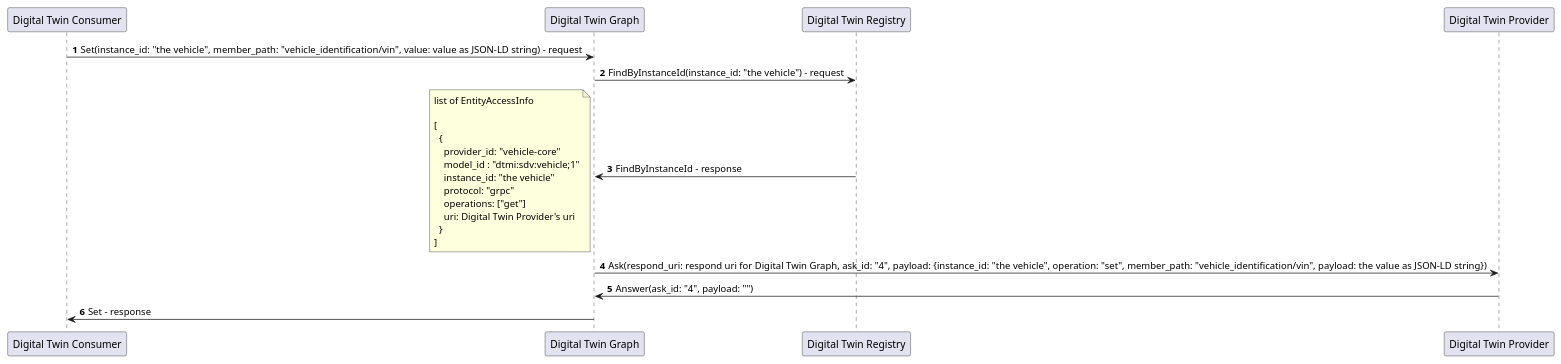
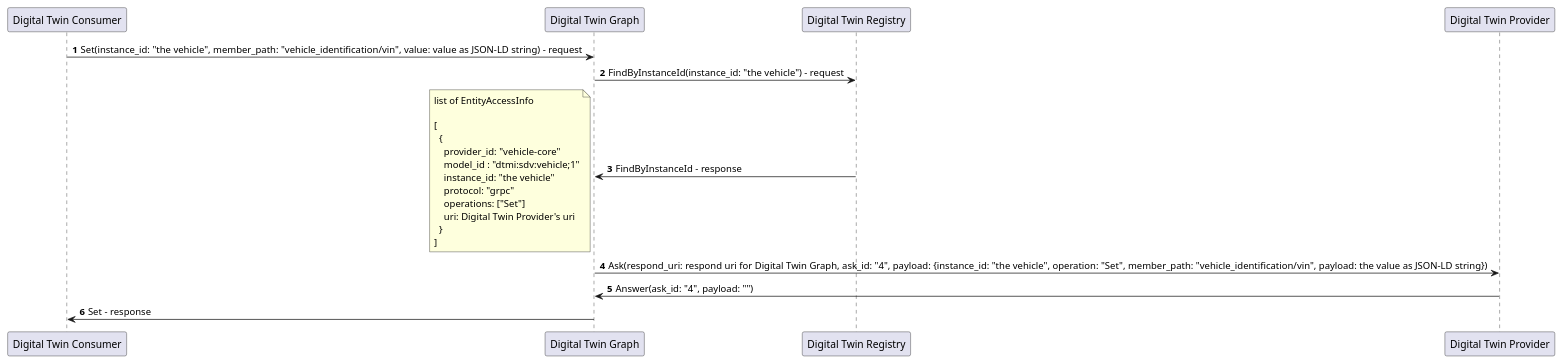
The diagram in docs/design/modules/digital_twin_graph/diagrams/set_sequence.puml (eclipse-ibeji/ibeji), drawn with PlantUML before and after one commit. The commit also changed 3 other files, not shown here.

Commit message:
Digital Twin Graph

```diff
--- a/docs/design/modules/digital_twin_graph/diagrams/set_sequence.puml
+++ b/docs/design/modules/digital_twin_graph/diagrams/set_sequence.puml
@@ -1,34 +1,34 @@
 @startuml
 
 autonumber
 
 participant "Digital Twin Consumer" as CONSUMER
 participant "Digital Twin Graph" as DIGITAL_TWIN_GRAPH
 participant "Digital Twin Registry" as DIGITAL_TWIN_REGISTRY
 participant "Digital Twin Provider" as PROVIDER
 
 CONSUMER -> DIGITAL_TWIN_GRAPH: Set(instance_id: "the vehicle", member_path: "vehicle_identification/vin", value: value as JSON-LD string) - request
 
 DIGITAL_TWIN_GRAPH -> DIGITAL_TWIN_REGISTRY: FindByInstanceId(instance_id: "the vehicle") - request
 DIGITAL_TWIN_GRAPH <- DIGITAL_TWIN_REGISTRY: FindByInstanceId - response
 note left
   list of EntityAccessInfo
 
   [
     {
       provider_id: "vehicle-core"
       model_id : "dtmi:sdv:vehicle;1"
       instance_id: "the vehicle"
       protocol: "grpc"
-      operations: ["get"]
+      operations: ["Set"]
       uri: Digital Twin Provider's uri
     }
   ]
 end note
 
-DIGITAL_TWIN_GRAPH -> PROVIDER: Ask(respond_uri: respond uri for Digital Twin Graph, ask_id: "4", payload: {instance_id: "the vehicle", operation: "set", member_path: "vehicle_identification/vin", payload: the value as JSON-LD string})
+DIGITAL_TWIN_GRAPH -> PROVIDER: Ask(respond_uri: respond uri for Digital Twin Graph, ask_id: "4", payload: {instance_id: "the vehicle", operation: "Set", member_path: "vehicle_identification/vin", payload: the value as JSON-LD string})
 DIGITAL_TWIN_GRAPH <- PROVIDER: Answer(ask_id: "4", payload: "")
 
 CONSUMER <- DIGITAL_TWIN_GRAPH: Set - response
 
 @enduml
```
